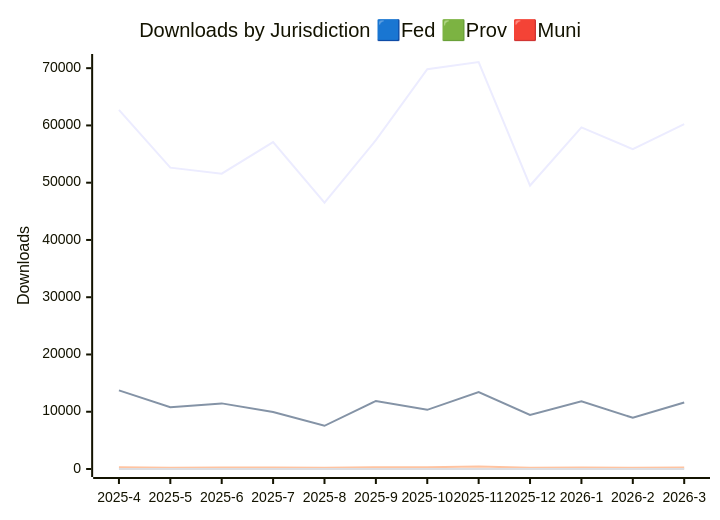
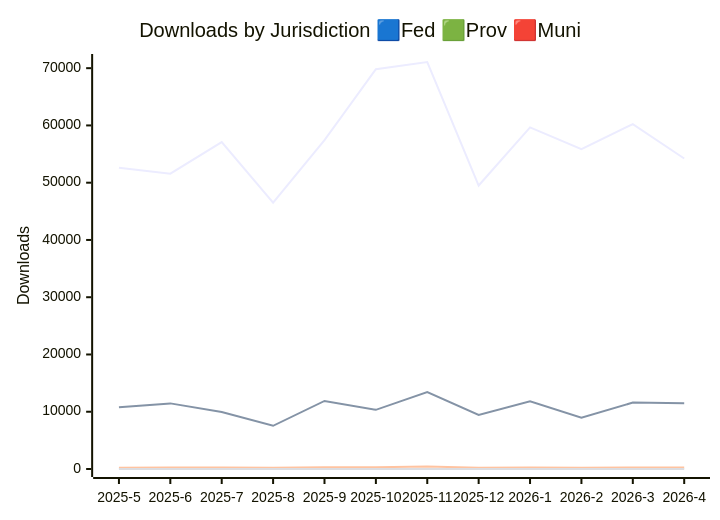
Before and after one commit to open-data/analytics-corporate-reporting: the first of 3 diagrams in JURISDICTION_ANALYTICS_REPORT/readme.md, drawn with Mermaid. The commit also changed other lines of this file and 3 other files, not shown here.

````diff
--- a/JURISDICTION_ANALYTICS_REPORT/readme.md
+++ b/JURISDICTION_ANALYTICS_REPORT/readme.md
@@ -13,11 +13,11 @@
 ```mermaid
 
 xychart-beta
     title "Downloads by Jurisdiction 🟦Fed 🟩Prov 🟥Muni"
-    x-axis [2025-4, 2025-5, 2025-6, 2025-7, 2025-8, 2025-9, 2025-10, 2025-11, 2025-12, 2026-1, 2026-2, 2026-3]
+    x-axis [2025-5, 2025-6, 2025-7, 2025-8, 2025-9, 2025-10, 2025-11, 2025-12, 2026-1, 2026-2, 2026-3, 2026-4]
     y-axis "Downloads" 0 --> 71078
-    line [62713, 52625, 51581, 57079, 46525, 57423, 69830, 71068, 49506, 59650, 55846, 60242]
-    line [13729, 10798, 11459, 9965, 7545, 11885, 10332, 13434, 9458, 11817, 8939, 11601]
-    line [325, 212, 271, 279, 234, 305, 313, 420, 224, 270, 228, 269]
-    line [0, 0, 0, 0, 0, 0, 3, 2, 17, 6, 2, 12]
+    line [52625, 51581, 57079, 46525, 57423, 69830, 71068, 49506, 59650, 55846, 60242, 54230]
+    line [10798, 11459, 9965, 7545, 11885, 10332, 13434, 9458, 11817, 8939, 11601, 11495]
+    line [212, 271, 279, 234, 305, 313, 420, 224, 270, 228, 269, 267]
+    line [0, 0, 0, 0, 0, 3, 2, 17, 6, 2, 12, 1]
 ```
````
